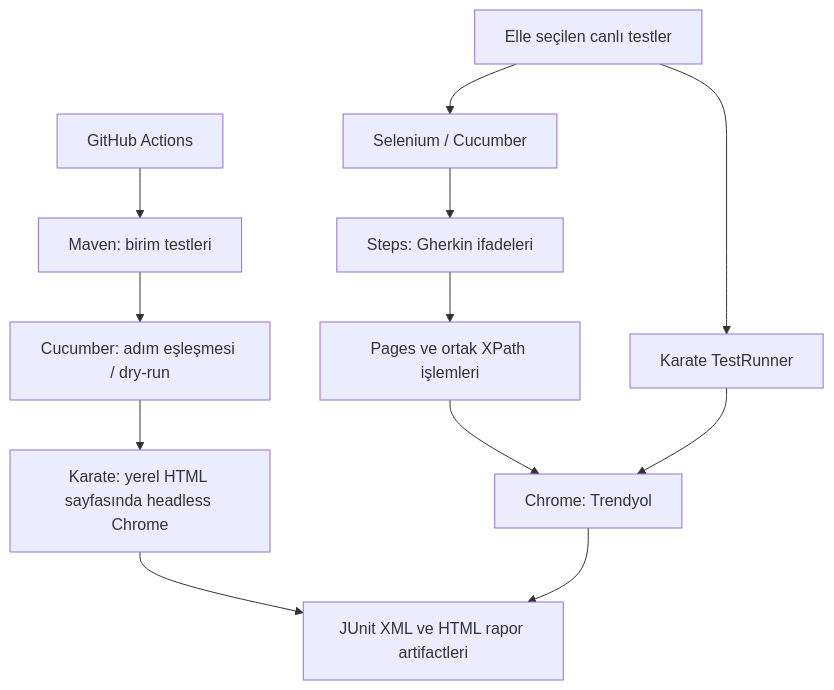
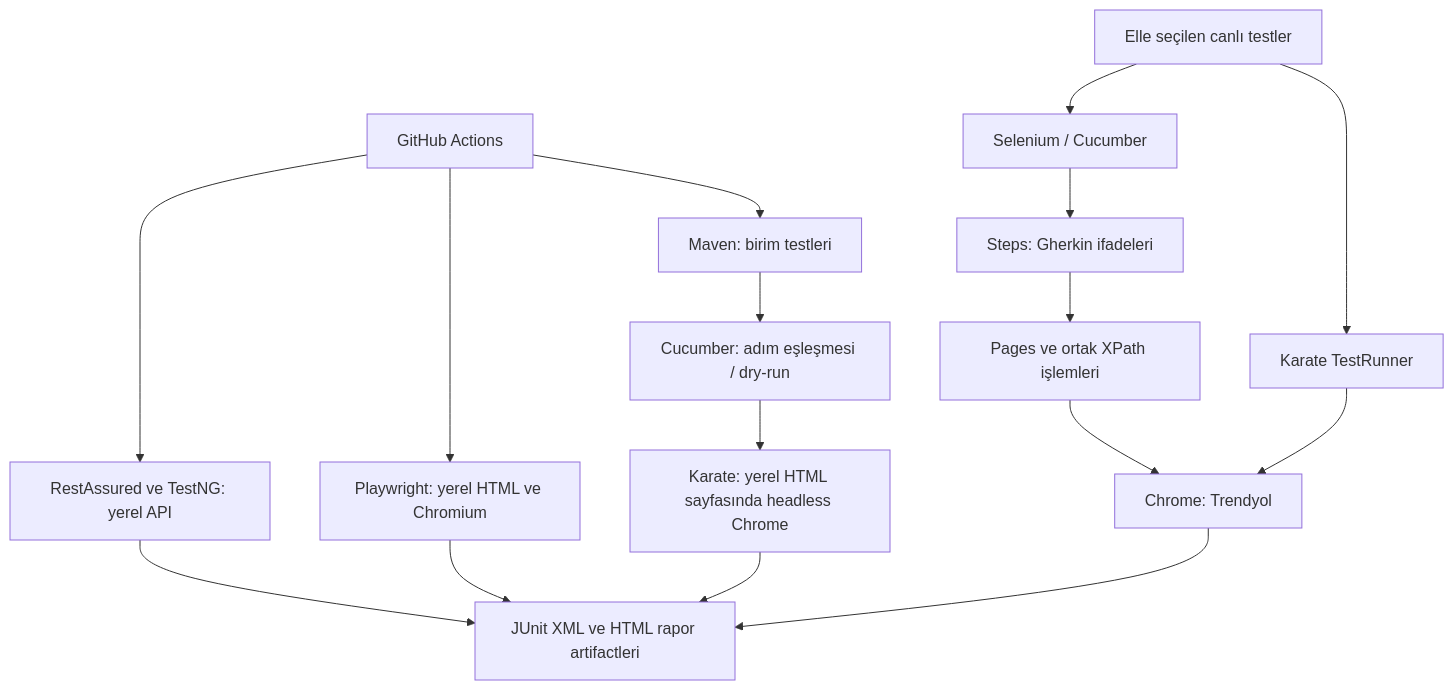
One commit to yusufkg/Trendyol-Test-Automation changed the diagram in docs/architecture.md. Above: the diagram before and after it, drawn with Mermaid. The commit also changed other lines of this file and 3 other files, not shown here.

Commit message:
Align architecture and test plan with Playwright and API coverage

````diff
--- a/docs/architecture.md
+++ b/docs/architecture.md
@@ -3,14 +3,18 @@
 ```mermaid
 flowchart TD
     A[GitHub Actions] --> B[Maven: birim testleri]
+    A --> L[RestAssured ve TestNG: yerel API]
+    A --> M[Playwright: yerel HTML ve Chromium]
+    L --> E
+    M --> E
     B --> C[Cucumber: adım eşleşmesi / dry-run]
     C --> D[Karate: yerel HTML sayfasında headless Chrome]
     D --> E[JUnit XML ve HTML rapor artifactleri]
     F[Elle seçilen canlı testler] --> G[Selenium / Cucumber]
     F --> H[Karate TestRunner]
     G --> I[Steps: Gherkin ifadeleri]
     I --> J[Pages ve ortak XPath işlemleri]
     J --> K[Chrome: Trendyol]
     H --> K
     K --> E
 ```
````
